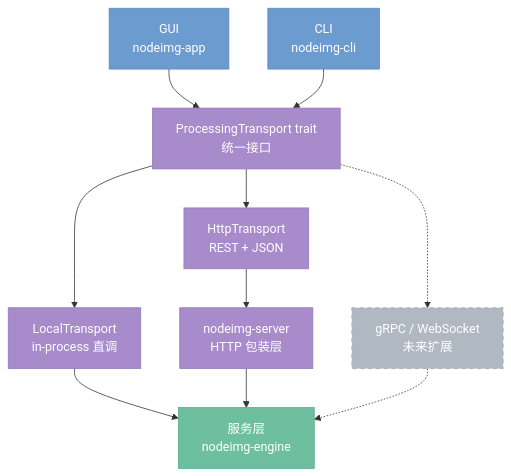
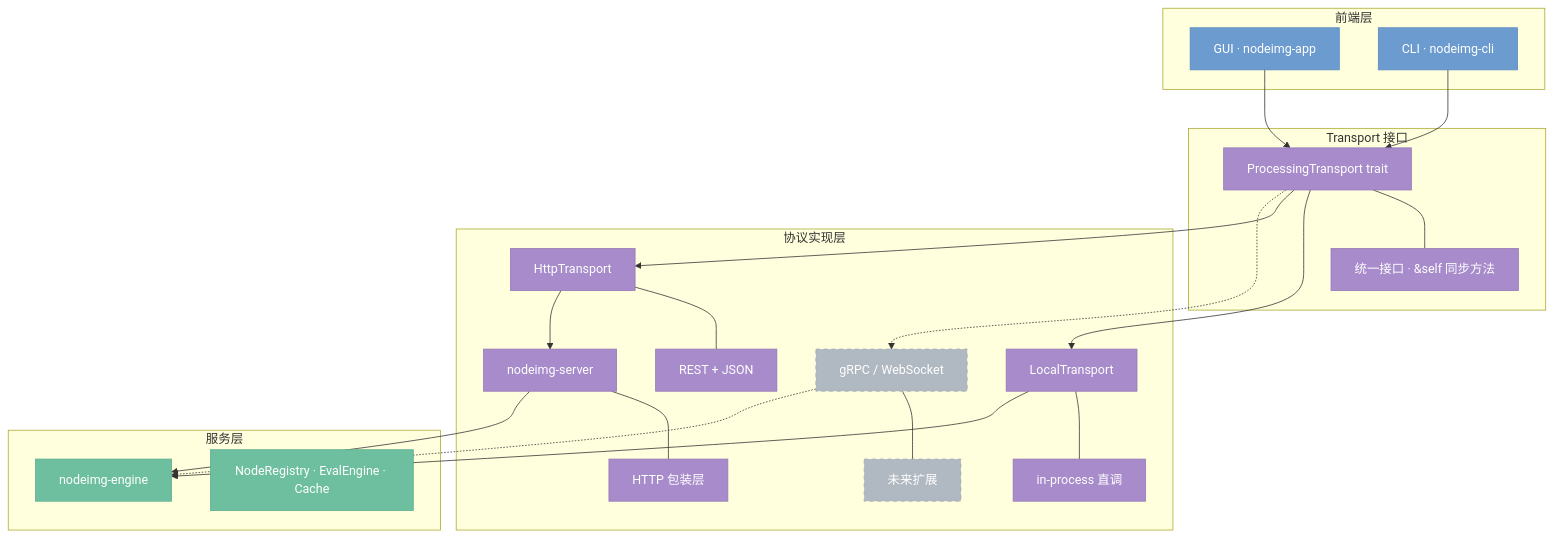
Before and after one commit to aporicho/nodeimg: the first of 3 diagrams in docs/target/04-transport.md, drawn with Mermaid. The commit also changed other lines of this file and 18 other files, not shown here.

Commit message:
docs(target): v0 文档更新 + drawio 架构图

````diff
--- a/docs/target/04-transport.md
+++ b/docs/target/04-transport.md
@@ -9,37 +9,55 @@
 ```mermaid
 flowchart TD
     classDef frontend fill:#6C9BCF,stroke:#5A89BD,color:#fff
     classDef transport fill:#A78BCA,stroke:#9579B8,color:#fff
     classDef service fill:#6DBFA0,stroke:#5BAD8E,color:#fff
     classDef ai fill:#E88B8B,stroke:#D67979,color:#fff
     classDef api fill:#E8A87C,stroke:#D6966A,color:#fff
     classDef foundation fill:#E8CC6E,stroke:#D6BA5C,color:#333
     classDef compute fill:#6DB8AD,stroke:#5BA69B,color:#fff
     classDef future fill:#B0B8C1,stroke:#9EA6AF,color:#fff,stroke-dasharray:5 5
 
-    GUI["GUI\nnodeimg-app"]:::frontend
-    CLI["CLI\nnodeimg-cli"]:::frontend
+    subgraph FE["前端层"]
+        GUI["GUI · nodeimg-app"]:::frontend
+        CLI["CLI · nodeimg-cli"]:::frontend
+    end
 
-    TRAIT["ProcessingTransport trait\n统一接口"]:::transport
+    subgraph TRAIT_LAYER["Transport 接口"]
+        TRAIT["ProcessingTransport trait"]:::transport
+        TRAIT_DESC["统一接口 · &self 同步方法"]:::transport
+    end
 
     GUI --> TRAIT
     CLI --> TRAIT
+    TRAIT --- TRAIT_DESC
 
-    LOCAL["LocalTransport\nin-process 直调"]:::transport
-    HTTP["HttpTransport\nREST + JSON"]:::transport
-    GRPC["gRPC / WebSocket\n未来扩展"]:::future
+    subgraph IMPL["协议实现层"]
+        LOCAL["LocalTransport"]:::transport
+        LOCAL_DESC["in-process 直调"]:::transport
+        HTTP["HttpTransport"]:::transport
+        HTTP_DESC["REST + JSON"]:::transport
+        GRPC["gRPC / WebSocket"]:::future
+        GRPC_DESC["未来扩展"]:::future
+        SERVER["nodeimg-server"]:::transport
+        SERVER_DESC["HTTP 包装层"]:::transport
+    end
 
     TRAIT --> LOCAL
     TRAIT --> HTTP
     TRAIT -.-> GRPC
 
-    SERVER["nodeimg-server\nHTTP 包装层"]:::transport
+    LOCAL --- LOCAL_DESC
+    HTTP --- HTTP_DESC
+    GRPC --- GRPC_DESC
+    HTTP --> SERVER
+    SERVER --- SERVER_DESC
 
-    HTTP --> SERVER
-
-    SERVICE["服务层\nnodeimg-engine"]:::service
+    subgraph SVC["服务层"]
+        SERVICE["nodeimg-engine"]:::service
+        SERVICE_DESC["NodeRegistry · EvalEngine · Cache"]:::service
+    end
 
     LOCAL --> SERVICE
     SERVER --> SERVICE
     GRPC -.-> SERVICE
 ```
````
